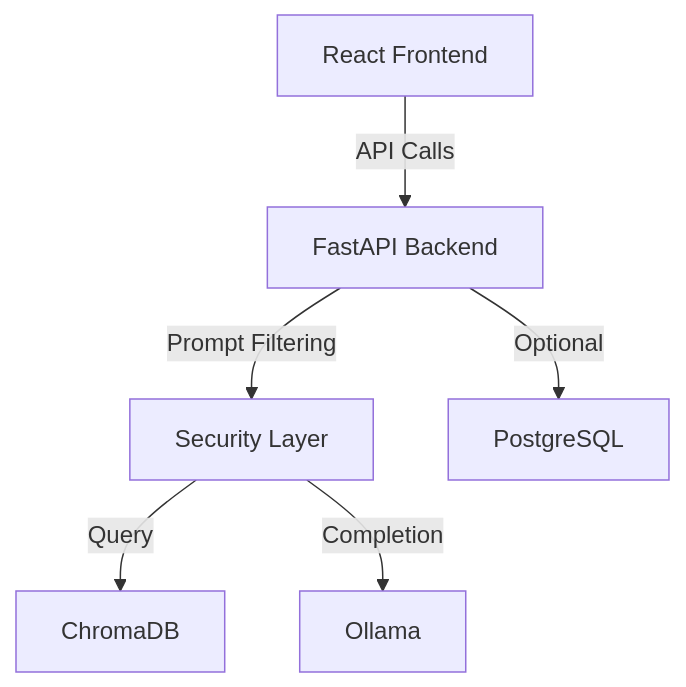
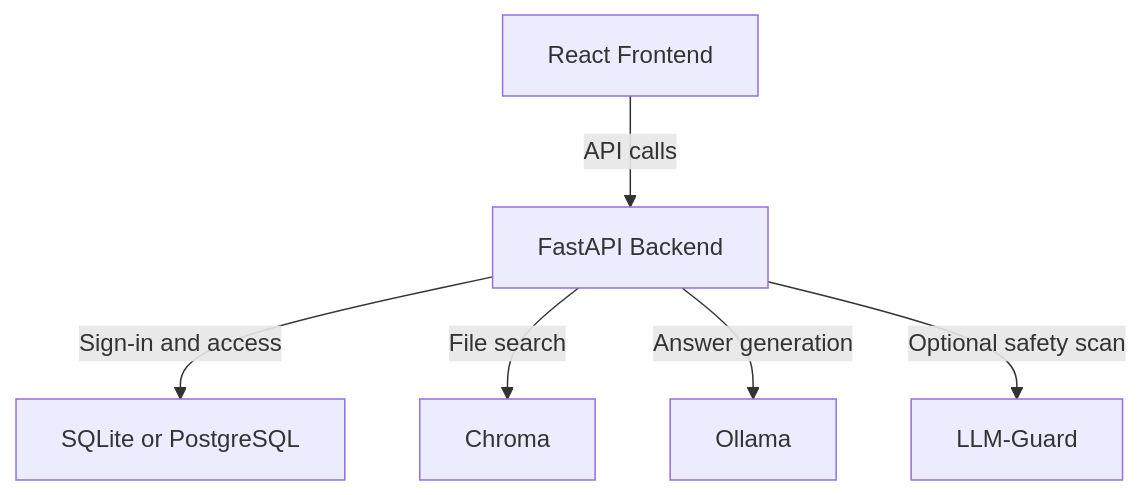
One commit to burmeseitman/drifting-apollo changed the diagram in README.md. Above: the diagram before and after it, drawn with Mermaid. The commit also changed other lines of this file and 38 other files, not shown here.

````diff
--- a/README.md
+++ b/README.md
@@ -44,8 +63,8 @@
 ```mermaid
 graph TD
-    UI[React Frontend] -->|API Calls| API[FastAPI Backend]
-    API -->|Prompt Filtering| Security[Security Layer]
-    Security -->|Query| Vector[ChromaDB]
-    Security -->|Completion| LLM[Ollama]
-    API -->|Optional| PG[PostgreSQL]
+    UI["React Frontend"] -->|API calls| API["FastAPI Backend"]
+    API -->|Sign-in and access| DB["SQLite or PostgreSQL"]
+    API -->|File search| CHROMA["Chroma"]
+    API -->|Answer generation| OLLAMA["Ollama"]
+    API -->|Optional safety scan| GUARD["LLM-Guard"]
 ```
````
